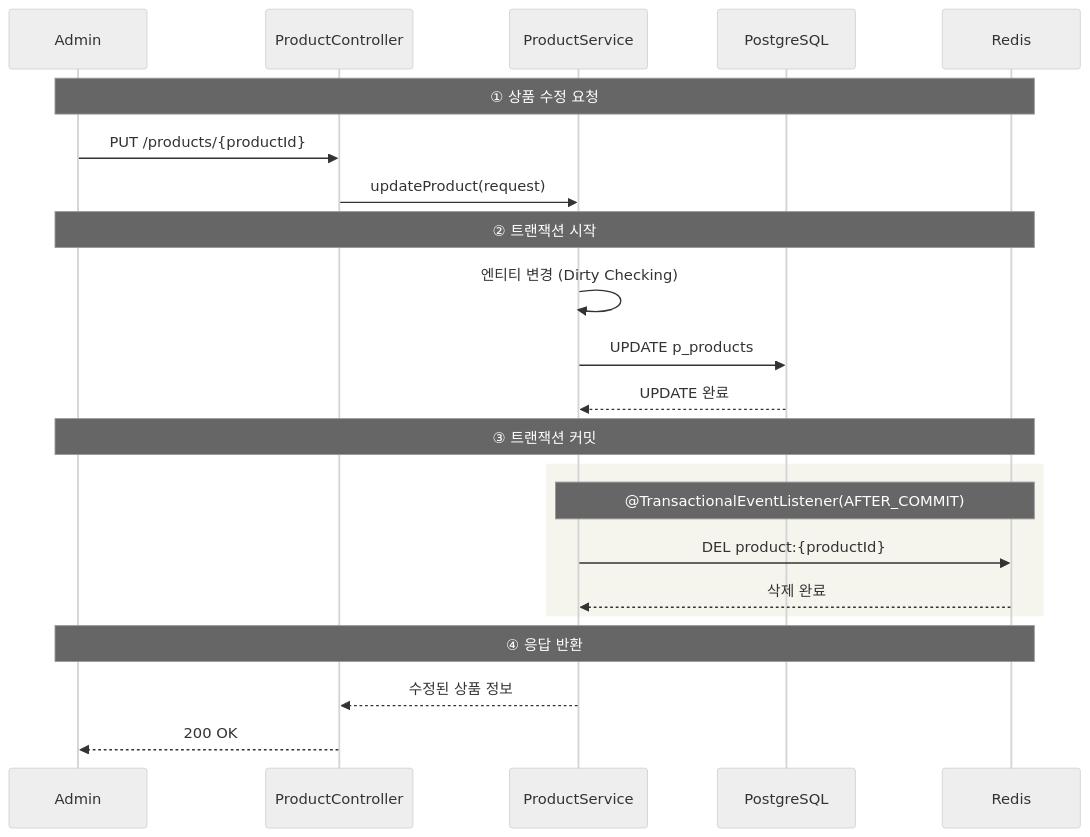
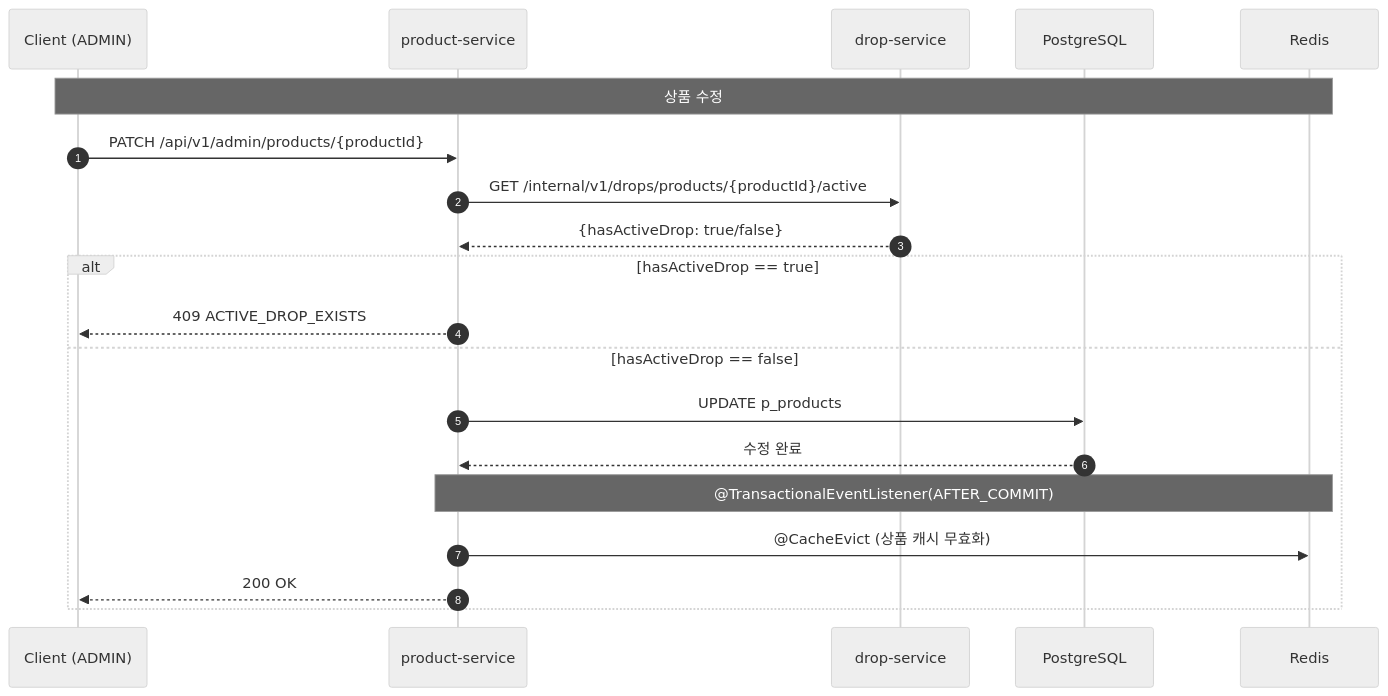
One commit to OMC-2/OMC changed the seventh of 32 diagrams in docs/08.sequence.md. Above: the diagram before and after it, drawn with Mermaid (neutral theme). The commit also changed other lines of this file and 8 other files, not shown here.

````diff
--- a/docs/08.sequence.md
+++ b/docs/08.sequence.md
@@ -148,28 +145,30 @@
 ```mermaid
 sequenceDiagram
-    participant Admin
-    participant ProductController
-    participant ProductService
-    participant PostgreSQL
+    autonumber
+
+    participant Admin as Client (ADMIN)
+    participant Product as product-service
+    participant Drop as drop-service
+    participant DB as PostgreSQL
     participant Redis
 
-    Note over Admin,Redis: ① 상품 수정 요청
-    Admin->>ProductController: PUT /products/{productId}
-    ProductController->>ProductService: updateProduct(request)
+    Note over Admin,Redis: 상품 수정
 
-    Note over Admin,Redis: ② 트랜잭션 시작
-    ProductService->>ProductService: 엔티티 변경 (Dirty Checking)
-    ProductService->>PostgreSQL: UPDATE p_products
-    PostgreSQL-->>ProductService: UPDATE 완료
+    Admin->>Product: PATCH /api/v1/admin/products/{productId}
 
-    Note over Admin,Redis: ③ 트랜잭션 커밋
-    rect rgb(245,244,237)
-        Note over ProductService,Redis: @TransactionalEventListener(AFTER_COMMIT)
-        ProductService->>Redis: DEL product:{productId}
-        Redis-->>ProductService: 삭제 완료
+    Product->>Drop: GET /internal/v1/drops/products/{productId}/active
+    Drop-->>Product: {hasActiveDrop: true/false}
+
+    alt hasActiveDrop == true
+        Product-->>Admin: 409 ACTIVE_DROP_EXISTS
+    else hasActiveDrop == false
+        Product->>DB: UPDATE p_products
+        DB-->>Product: 수정 완료
+
+        Note over Product,Redis: @TransactionalEventListener(AFTER_COMMIT)
+
+        Product->>Redis: @CacheEvict (상품 캐시 무효화)
+
+        Product-->>Admin: 200 OK
     end
-
-    Note over Admin,Redis: ④ 응답 반환
-    ProductService-->>ProductController: 수정된 상품 정보
-    ProductController-->>Admin: 200 OK
 ```
````
